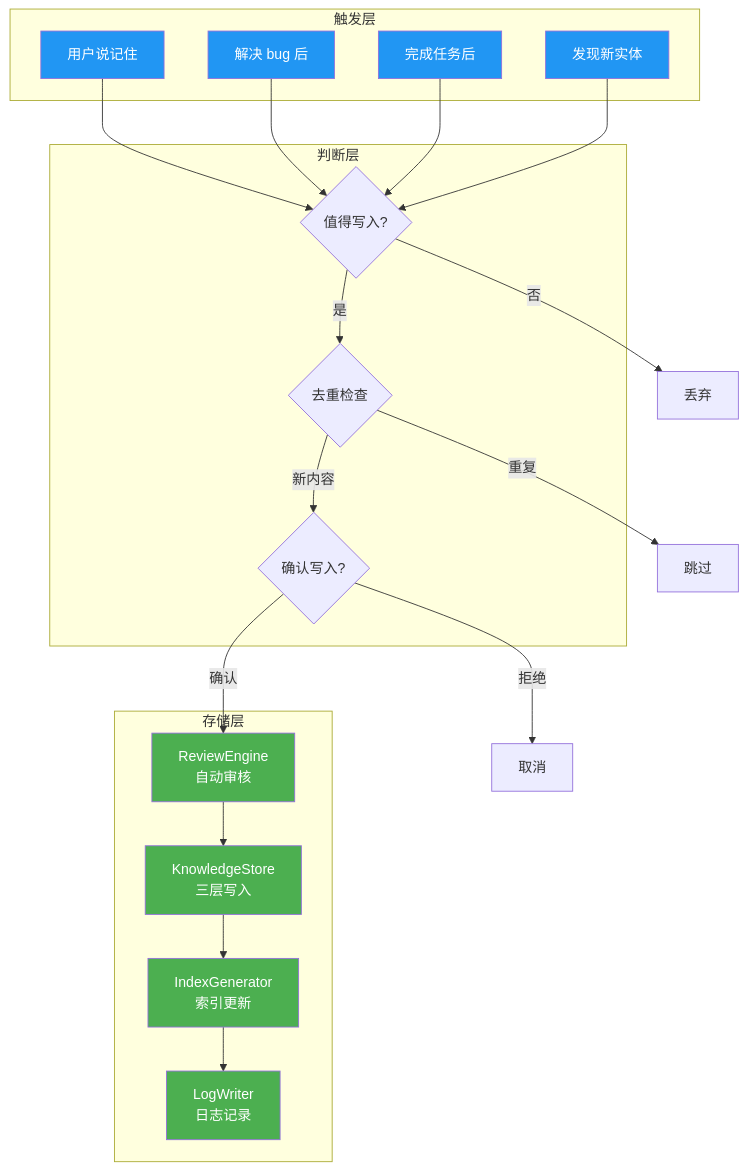
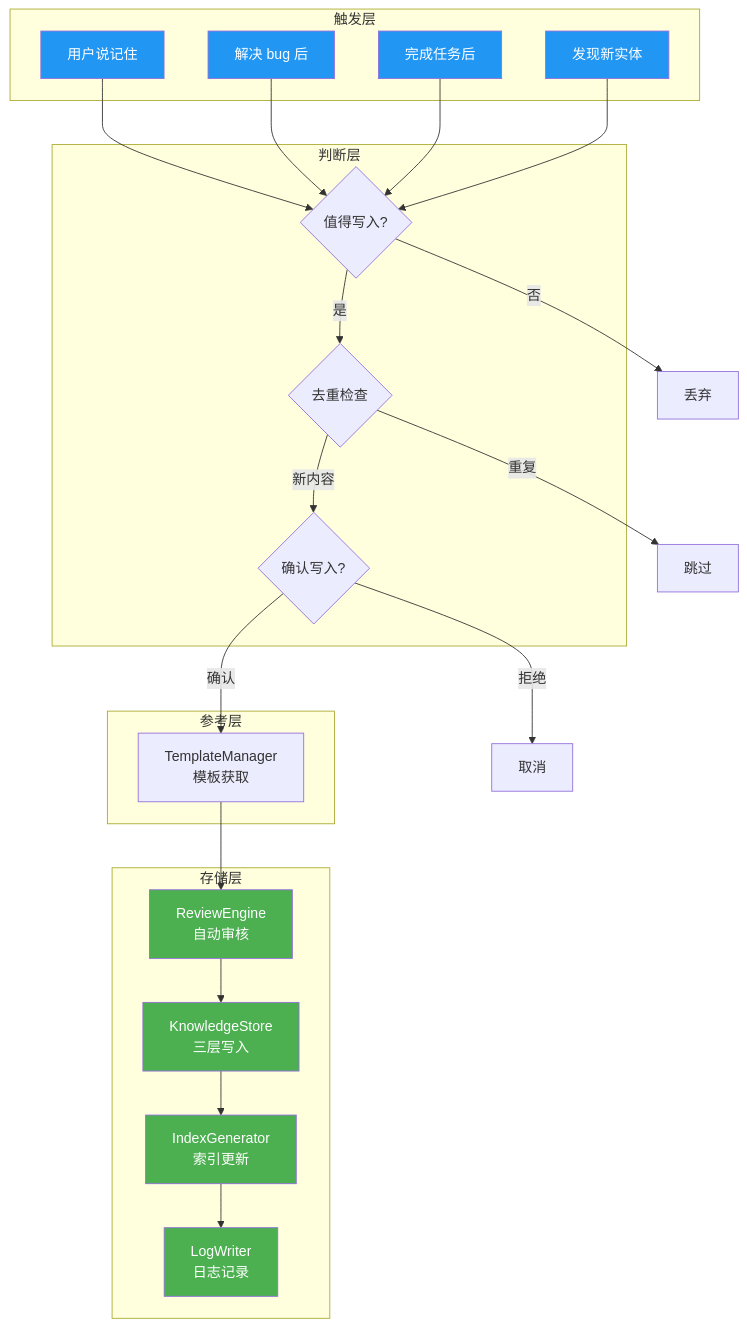
One commit to xinovate/linglong-knowledge changed the first of 2 diagrams in docs/knowledge/design/03-write-path.md. Above: the diagram before and after it, drawn with Mermaid. The commit also changed other lines of this file and 2 other files, not shown here.

Commit message:
docs(design): 更新设计文档（目录结构、写入流程、Agent 接入）
- D-02 目录结构：新增 templates/ 模板目录，8 个 facet 模板
- D-03 写入流程：新增 TemplateManager 参考层，CLI 加入 template 命令
- D-06 Agent 接入：新增 MCP Server 架构，9 个 MCP 工具清单，Claude Code MCP 配置

````diff
--- a/docs/knowledge/design/03-write-path.md
+++ b/docs/knowledge/design/03-write-path.md
@@ -18,45 +18,50 @@
 ```mermaid
 graph TD
     subgraph 触发层
         T1[用户说记住]
         T2[解决 bug 后]
         T3[完成任务后]
         T4[发现新实体]
     end
 
     subgraph 判断层
         J1{值得写入?}
         J2{去重检查}
         J3{确认写入?}
+    end
+
+    subgraph 参考层
+        R1[TemplateManager<br/>模板获取]
     end
 
     subgraph 存储层
         S1[ReviewEngine<br/>自动审核]
         S2[KnowledgeStore<br/>三层写入]
         S3[IndexGenerator<br/>索引更新]
         S4[LogWriter<br/>日志记录]
     end
 
     T1 --> J1
     T2 --> J1
     T3 --> J1
     T4 --> J1
     J1 -->|是| J2
     J1 -->|否| END1[丢弃]
     J2 -->|重复| END2[跳过]
     J2 -->|新内容| J3
-    J3 -->|确认| S1
+    J3 -->|确认| R1
     J3 -->|拒绝| END3[取消]
+    R1 --> S1
     S1 --> S2
     S2 --> S3
     S3 --> S4
 
     style T1 fill:#2196F3,color:#fff
     style T2 fill:#2196F3,color:#fff
     style T3 fill:#2196F3,color:#fff
     style T4 fill:#2196F3,color:#fff
     style S1 fill:#4CAF50,color:#fff
     style S2 fill:#4CAF50,color:#fff
     style S3 fill:#4CAF50,color:#fff
     style S4 fill:#4CAF50,color:#fff
 ```
````
